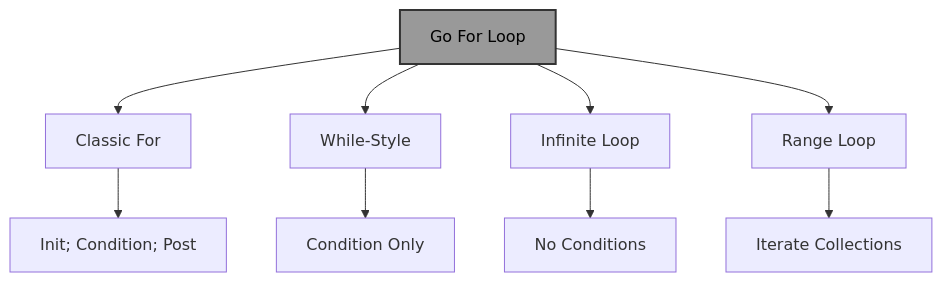
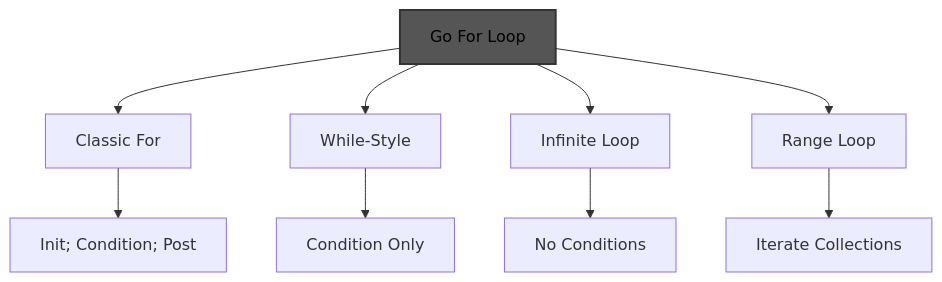
Before and after one commit to kutt27/golangdocs: the diagram in docs/1. Basics/5. If-and While.md, drawn with Mermaid. The commit also changed other lines of this file and 3 other files, not shown here.

````diff
--- a/docs/1. Basics/5. If-and While.md
+++ b/docs/1. Basics/5. If-and While.md
@@ -18,12 +18,12 @@
     ```mermaid
     graph TD
         A[Go For Loop] --> B[Classic For]
         A --> C[While-Style]
         A --> D[Infinite Loop]
         A --> E[Range Loop]
         B --> B1[Init; Condition; Post]
         C --> C1[Condition Only]
         D --> D1[No Conditions]
         E --> E1[Iterate Collections]
-        style A fill:#999,stroke:#333,stroke-width:2px,color:#000
+        style A fill:#555,stroke:#333,stroke-width:2px,color:#000
     ```
````
